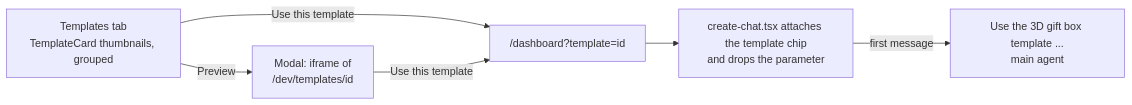
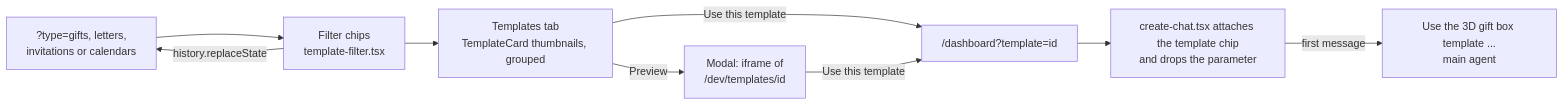
The fourth of 4 diagrams in docs/features/templates-and-gift-pages.md (peresramirez/majnu), drawn with Mermaid before and after one commit. The commit also changed other lines of this file and 1 other file, not shown here.

First line of the commit message:
Document the Templates tab filters and the 3D wedding envelope

````diff
--- a/docs/features/templates-and-gift-pages.md
+++ b/docs/features/templates-and-gift-pages.md
@@ -105,8 +134,11 @@
 ```mermaid
 flowchart LR
-  tab["Templates tab<br/>TemplateCard thumbnails, grouped"] -->|"Preview"| modal["Modal: iframe of<br/>/dev/templates/id"]
+  url["?type=gifts, letters,<br/>invitations or calendars"] --> chips["Filter chips<br/>template-filter.tsx"]
+  chips -->|"history.replaceState"| url
+  chips --> tab["Templates tab<br/>TemplateCard thumbnails, grouped"]
+  tab -->|"Preview"| modal["Modal: iframe of<br/>/dev/templates/id"]
   tab -->|"Use this template"| chat["/dashboard?template=id"]
   modal -->|"Use this template"| chat
   chat --> chip["create-chat.tsx attaches the template chip<br/>and drops the parameter"]
   chip -->|"first message"| agent["Use the 3D gift box template ...<br/>main agent"]
 ```
````
